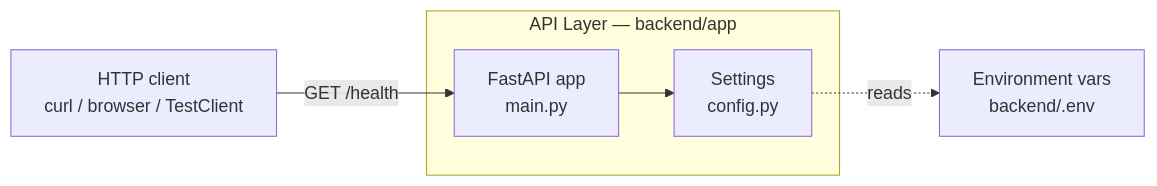
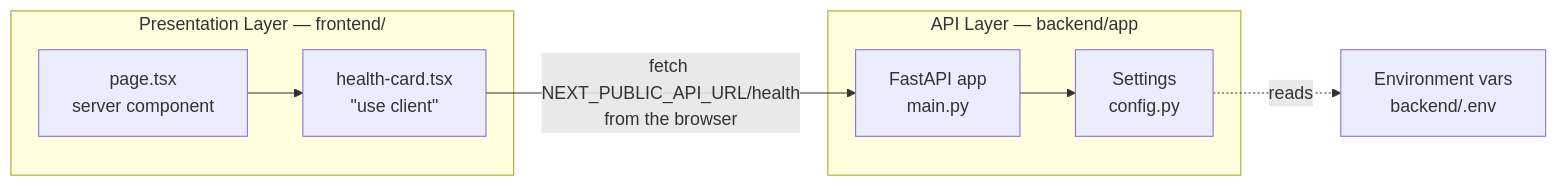
One commit to rishietagi/dental_clinic_MVP changed the diagram in docs/ARCHITECTURE.md. Above: the diagram before and after it, drawn with Mermaid. The commit also changed other lines of this file and 26 other files, not shown here.

Commit message:
feat: scaffold Next.js frontend

````diff
--- a/docs/ARCHITECTURE.md
+++ b/docs/ARCHITECTURE.md
@@ -11,9 +12,13 @@
 ```mermaid
 flowchart LR
-    C[HTTP client<br/>curl / browser / TestClient] -->|GET /health| A
+    subgraph Browser [Presentation Layer — frontend/]
+        P[page.tsx<br/>server component]
+        P --> HC["health-card.tsx<br/>#quot;use client#quot;"]
+    end
     subgraph API [API Layer — backend/app]
         A[FastAPI app<br/>main.py]
         A --> CFG[Settings<br/>config.py]
     end
+    HC -->|"fetch NEXT_PUBLIC_API_URL/health<br/>from the browser"| A
     CFG -.->|reads| ENV[Environment vars<br/>backend/.env]
 ```
````
